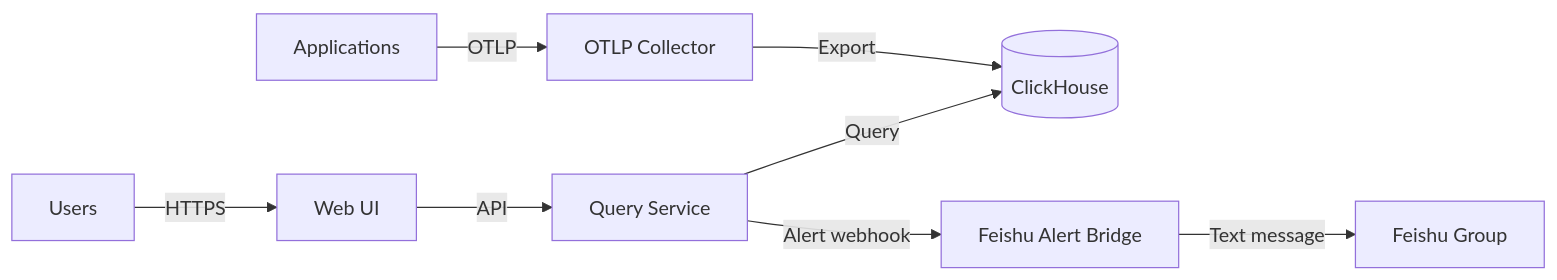
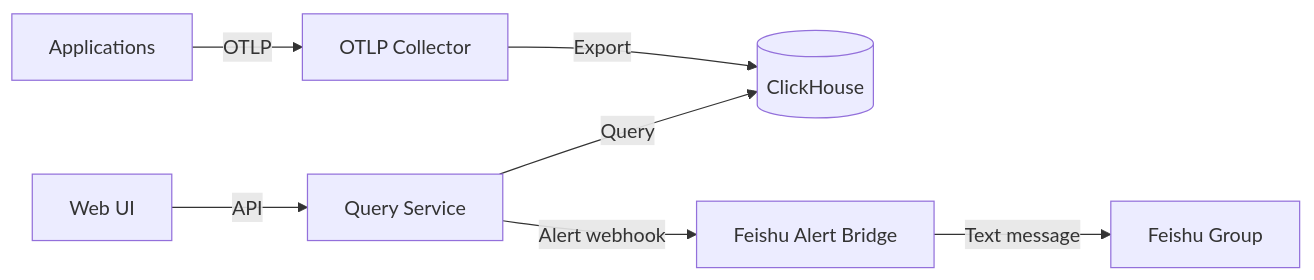
The diagram in docs/ssot/ops.observability.md (wangzitian0/infra2), drawn with Mermaid before and after one commit. The commit also changed other lines of this file and 5 other files, not shown here.

````diff
--- a/docs/ssot/ops.observability.md
+++ b/docs/ssot/ops.observability.md
@@ -23,10 +70,9 @@
 ```mermaid
 graph LR
     Apps[Applications] -->|OTLP| Collector[OTLP Collector]
     Collector -->|Export| ClickHouse[(ClickHouse)]
     QueryService[Query Service] -->|Query| ClickHouse
     Frontend[Web UI] -->|API| QueryService
     QueryService -->|Alert webhook| Alerting[Feishu Alert Bridge]
     Alerting -->|Text message| Feishu[Feishu Group]
-    Users[Users] -->|HTTPS| Frontend
 ```
````
